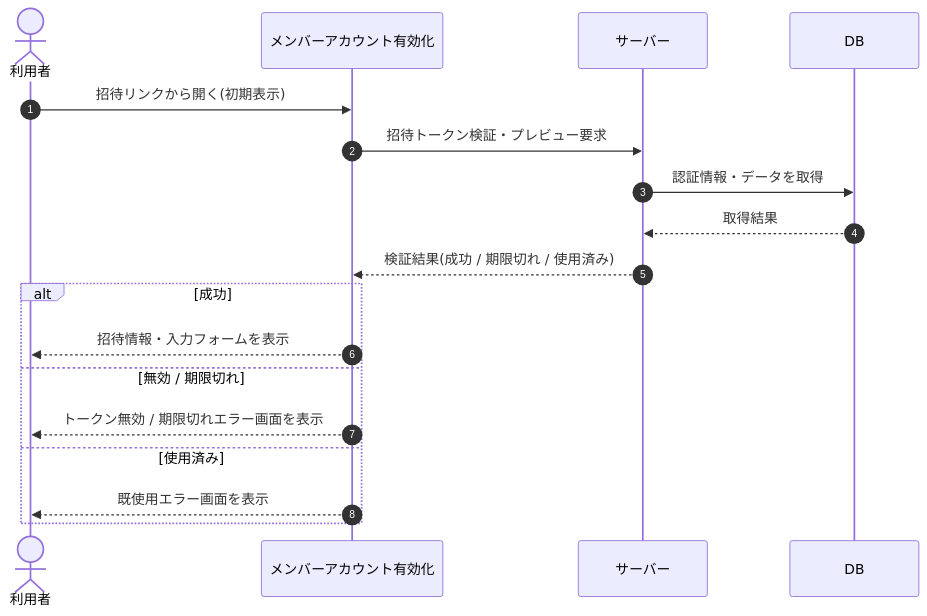
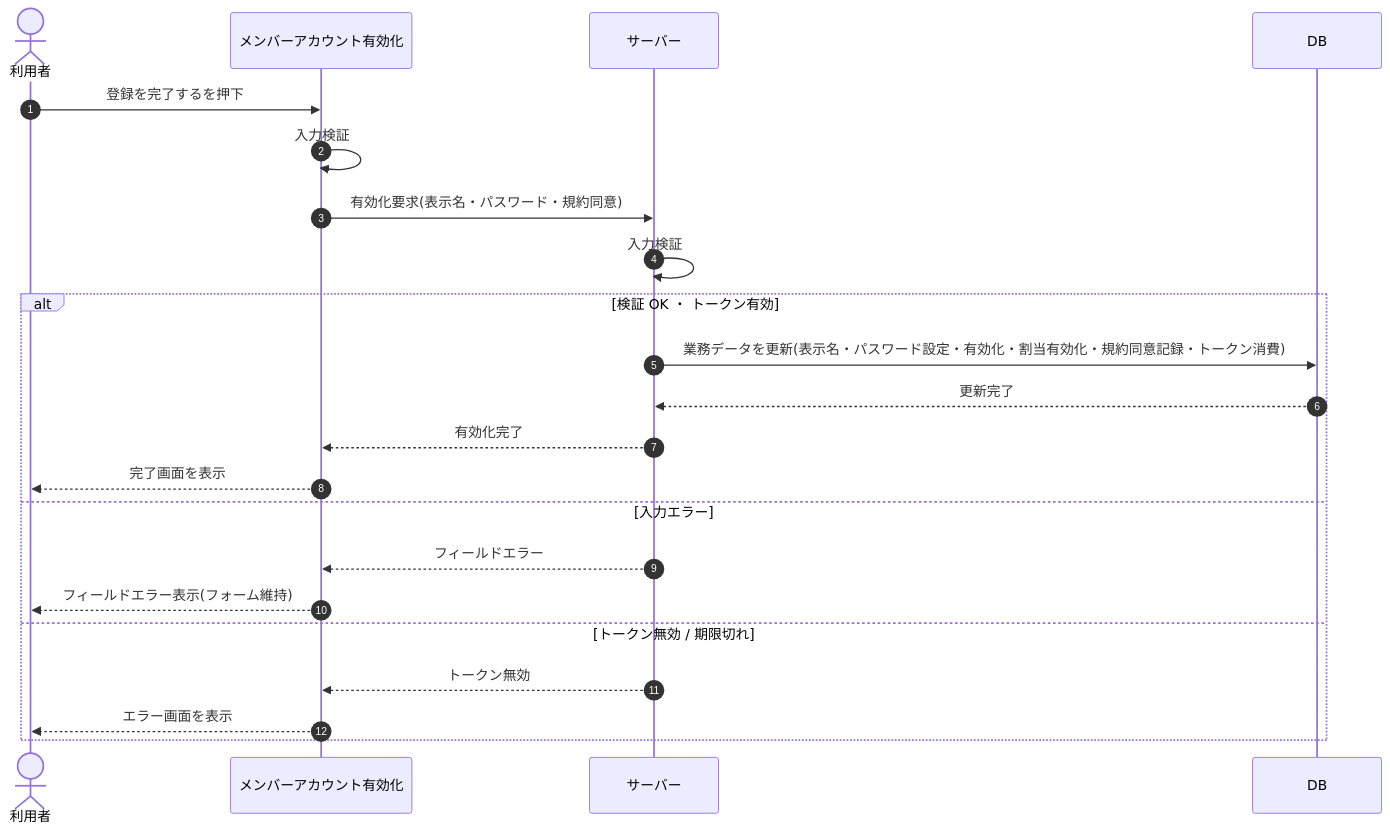
Before and after one commit to sikakou54/open-faq: the diagram in 02_basic_design/03_sequences/SEQ-073.md, drawn with Mermaid. The commit also changed other lines of this file and 395 other files, not shown here.

````diff
--- a/02_basic_design/03_sequences/SEQ-073.md
+++ b/02_basic_design/03_sequences/SEQ-073.md
@@ -25,20 +25,24 @@
 ```mermaid
 sequenceDiagram
   autonumber
   actor U as 利用者
   participant Screen as メンバーアカウント有効化
   participant Server as サーバー
   participant DB as DB
-  U->>Screen: 招待リンクから開く(初期表示)
-  Screen->>Server: 招待トークン検証・プレビュー要求
-  Server->>DB: 認証情報・データを取得
-  DB-->>Server: 取得結果
-  Server-->>Screen: 検証結果(成功 / 期限切れ / 使用済み)
-  alt 成功
-    Screen-->>U: 招待情報・入力フォームを表示
-  else 無効 / 期限切れ
-    Screen-->>U: トークン無効 / 期限切れエラー画面を表示
-  else 使用済み
-    Screen-->>U: 既使用エラー画面を表示
+  U->>Screen: 登録を完了するを押下
+  Screen->>Screen: 入力検証
+  Screen->>Server: 有効化要求(表示名・パスワード・規約同意)
+  Server->>Server: 入力検証
+  alt 検証 OK ・ トークン有効
+    Server->>DB: 業務データを更新(表示名・パスワード設定・有効化・割当有効化・規約同意記録・トークン消費)
+    DB-->>Server: 更新完了
+    Server-->>Screen: 有効化完了
+    Screen-->>U: 完了画面を表示
+  else 入力エラー
+    Server-->>Screen: フィールドエラー
+    Screen-->>U: フィールドエラー表示(フォーム維持)
+  else トークン無効 / 期限切れ
+    Server-->>Screen: トークン無効
+    Screen-->>U: エラー画面を表示
   end
 ```
````
